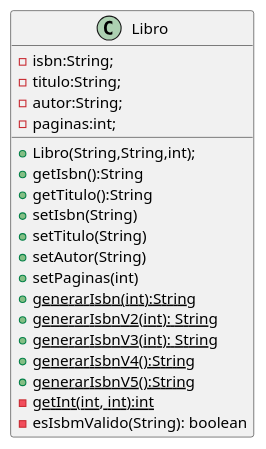
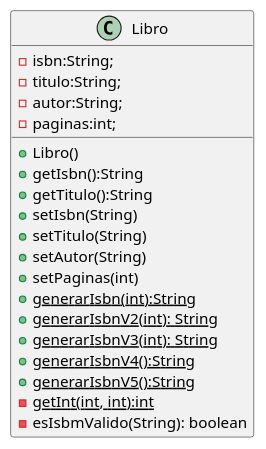
One commit to FacundoSC/Libros changed the diagram in UML/diagramaClases.puml. Above: the diagram before and after it, drawn with PlantUML.

Commit message:
se agrega el constructor predeterminado

```diff
--- a/UML/diagramaClases.puml
+++ b/UML/diagramaClases.puml
@@ -1,23 +1,22 @@
 @startuml
 class Libro {
    -isbn:String;
    -titulo:String;
    -autor:String;
    -paginas:int;
-
-   +Libro(String,String,int);
+   +Libro()
    +getIsbn():String
    +getTitulo():String
    +setIsbn(String)
    +setTitulo(String)
    +setAutor(String)
    +setPaginas(int)
    +{static}generarIsbn(int):String
    +{static}generarIsbnV2(int): String
    +{static}generarIsbnV3(int): String
    +{static}generarIsbnV4():String
    +{static}generarIsbnV5():String
    -{static}getInt(int, int):int
    - esIsbmValido(String): boolean
 }
 @enduml
```
